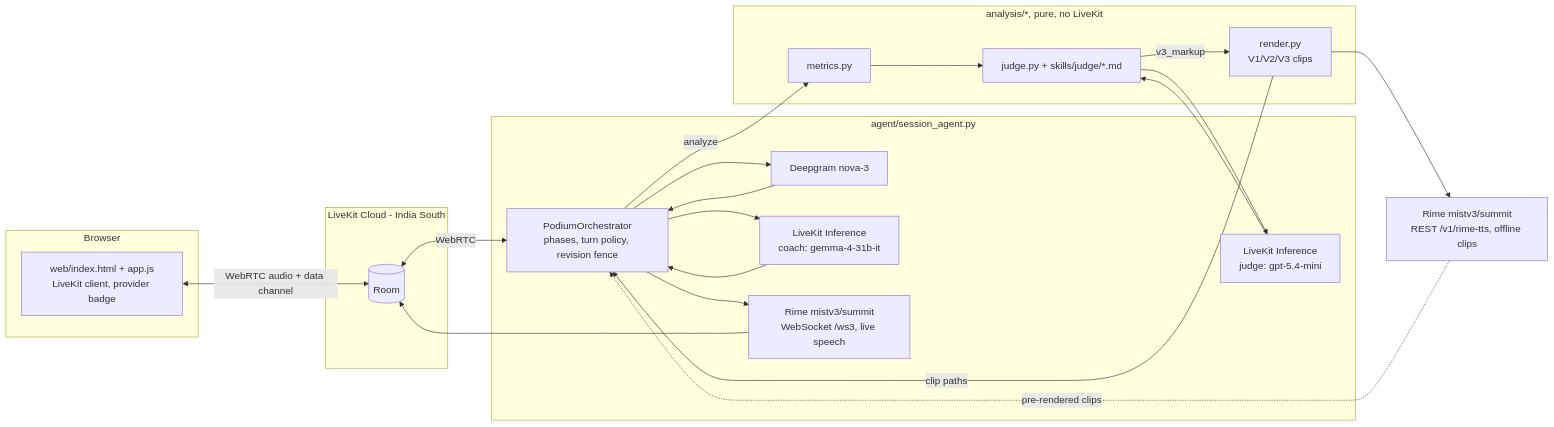
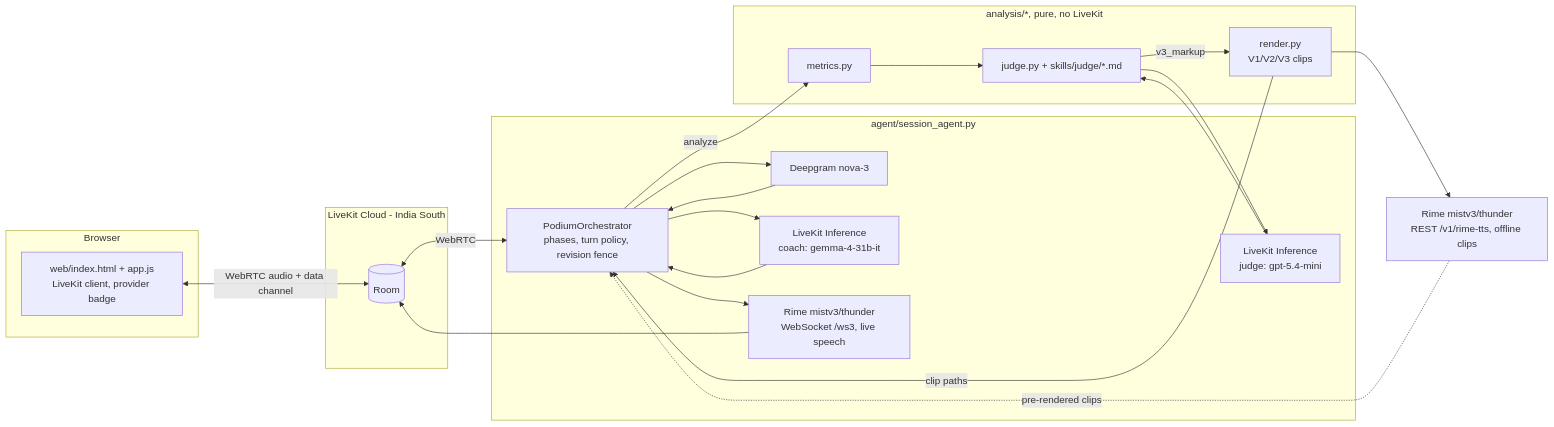
The diagram in README.md (Manishprsd563/podium), drawn with Mermaid before and after one commit. The commit also changed other lines of this file and 44 other files, not shown here.

````diff
--- a/README.md
+++ b/README.md
@@ -73,33 +87,33 @@
 ```mermaid
 flowchart LR
   subgraph Browser
     UI[web/index.html + app.js\nLiveKit client, provider badge]
   end
   subgraph LiveKitCloud[LiveKit Cloud - India South]
     Room[(Room)]
   end
   subgraph AgentProcess[agent/session_agent.py]
     Orch[PodiumOrchestrator\nphases, turn policy, revision fence]
     STT[Deepgram nova-3]
     LLM1[LiveKit Inference\ncoach: gemma-4-31b-it]
     LLM2[LiveKit Inference\njudge: gpt-5.4-mini]
-    TTS_WS[Rime mistv3/summit\nWebSocket /ws3, live speech]
+    TTS_WS[Rime mistv3/thunder\nWebSocket /ws3, live speech]
   end
   subgraph Analysis[analysis/*, pure, no LiveKit]
     Metrics[metrics.py]
     Judge[judge.py + skills/judge/*.md]
     Render[render.py\nV1/V2/V3 clips]
   end
-  TTS_REST[Rime mistv3/summit\nREST /v1/rime-tts, offline clips]
+  TTS_REST[Rime mistv3/thunder\nREST /v1/rime-tts, offline clips]
 
   UI <-- WebRTC audio + data channel --> Room
   Room <-- WebRTC --> Orch
   Orch --> STT --> Orch
   Orch --> LLM1 --> Orch
   Orch -->|analyze| Metrics --> Judge
   Judge --> LLM2 --> Judge
   Judge -->|v3_markup| Render --> TTS_REST
   Render -->|clip paths| Orch
   Orch --> TTS_WS --> Room
   TTS_REST -.pre-rendered clips.-> Orch
 ```
````
